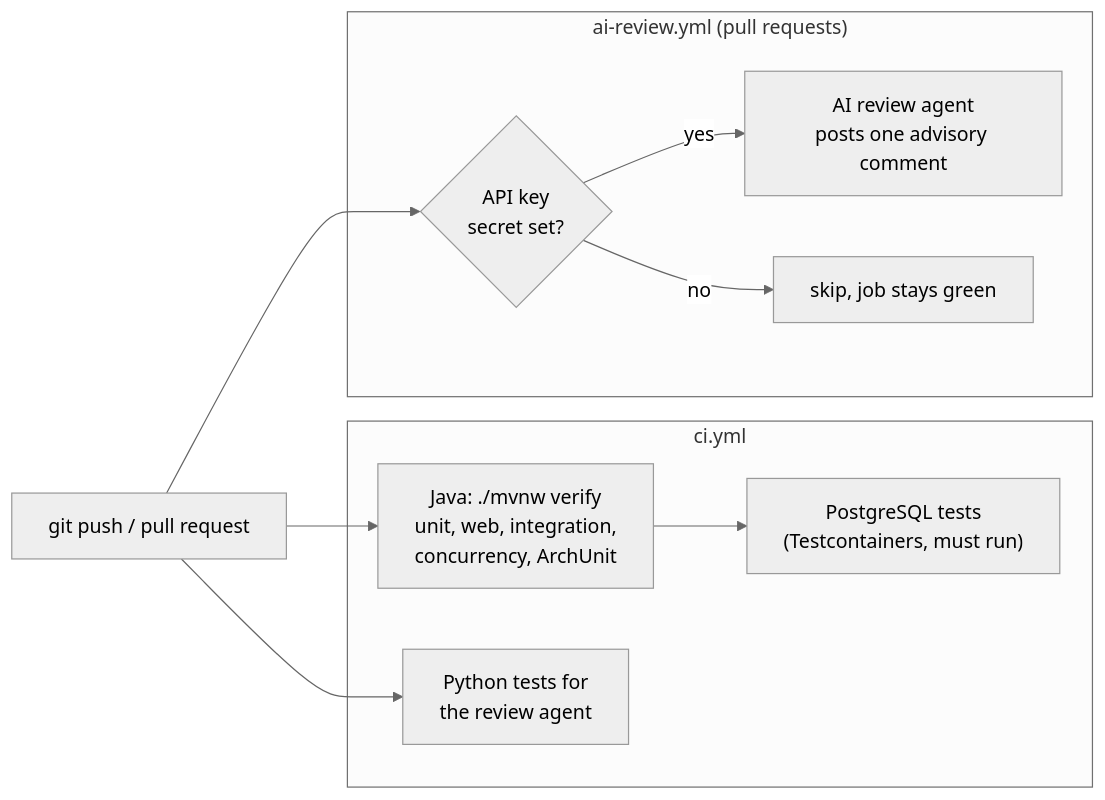
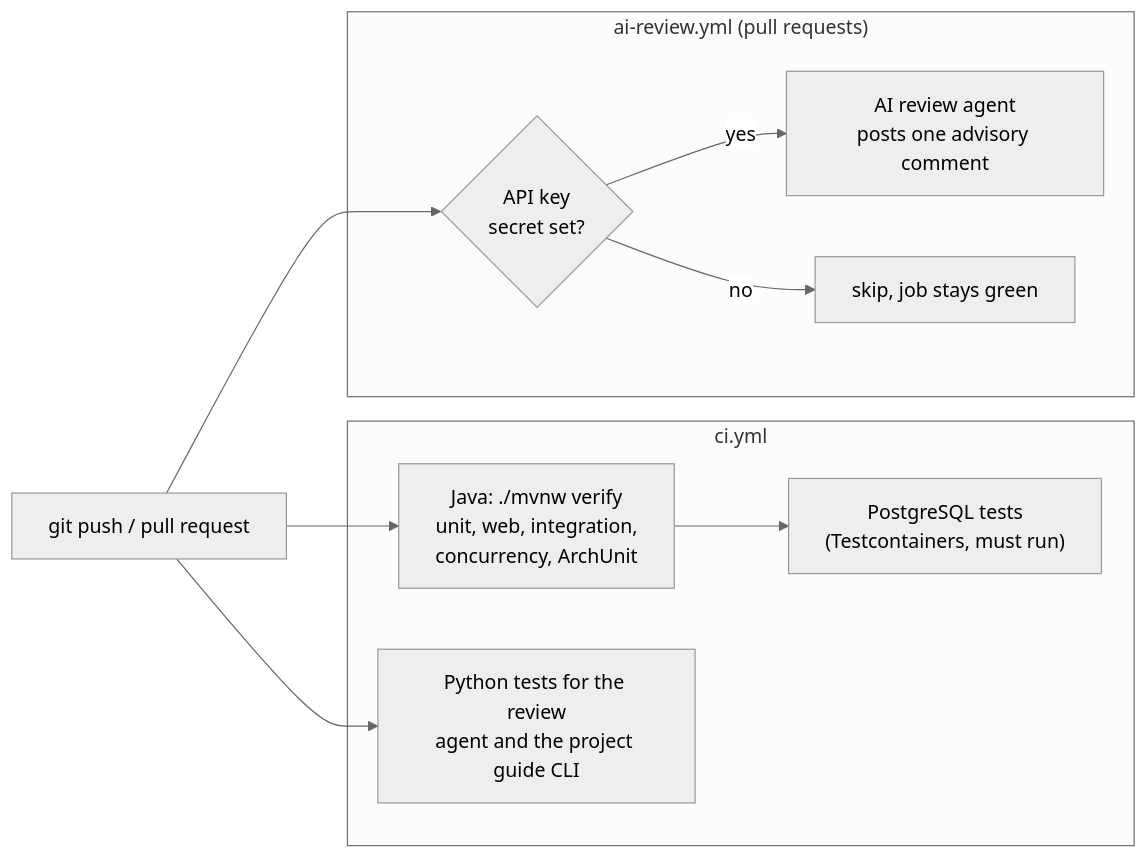
One commit to ataulnasar/pricing-exception-service changed the second of 3 diagrams in docs/diagrams/development-flow.md. Above: the diagram before and after it, drawn with Mermaid (neutral theme). The commit also changed other lines of this file and 8 other files, not shown here.

Commit message:
feat: project guide for developers (/ask and CLI)

````diff
--- a/docs/diagrams/development-flow.md
+++ b/docs/diagrams/development-flow.md
@@ -51,20 +52,20 @@
 ```mermaid
 flowchart LR
     push["git push / pull request"]
     subgraph ci["ci.yml"]
         java["Java: ./mvnw verify<br/>unit, web, integration,<br/>concurrency, ArchUnit"]
         pg["PostgreSQL tests<br/>(Testcontainers, must run)"]
-        py["Python tests for<br/>the review agent"]
+        py["Python tests for the review<br/>agent and the project guide CLI"]
     end
     subgraph air["ai-review.yml (pull requests)"]
         key{"API key<br/>secret set?"}
         rev["AI review agent<br/>posts one advisory comment"]
         skip["skip, job stays green"]
     end
 
     push --> java --> pg
     push --> py
     push --> key
     key -- yes --> rev
     key -- no --> skip
 ```
````
